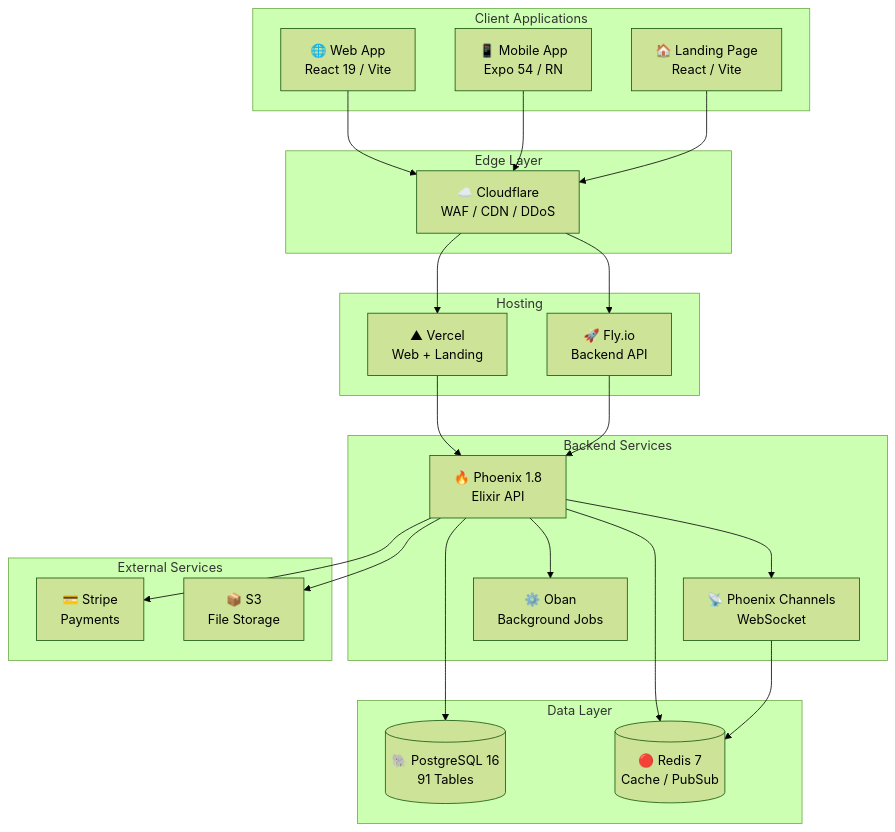
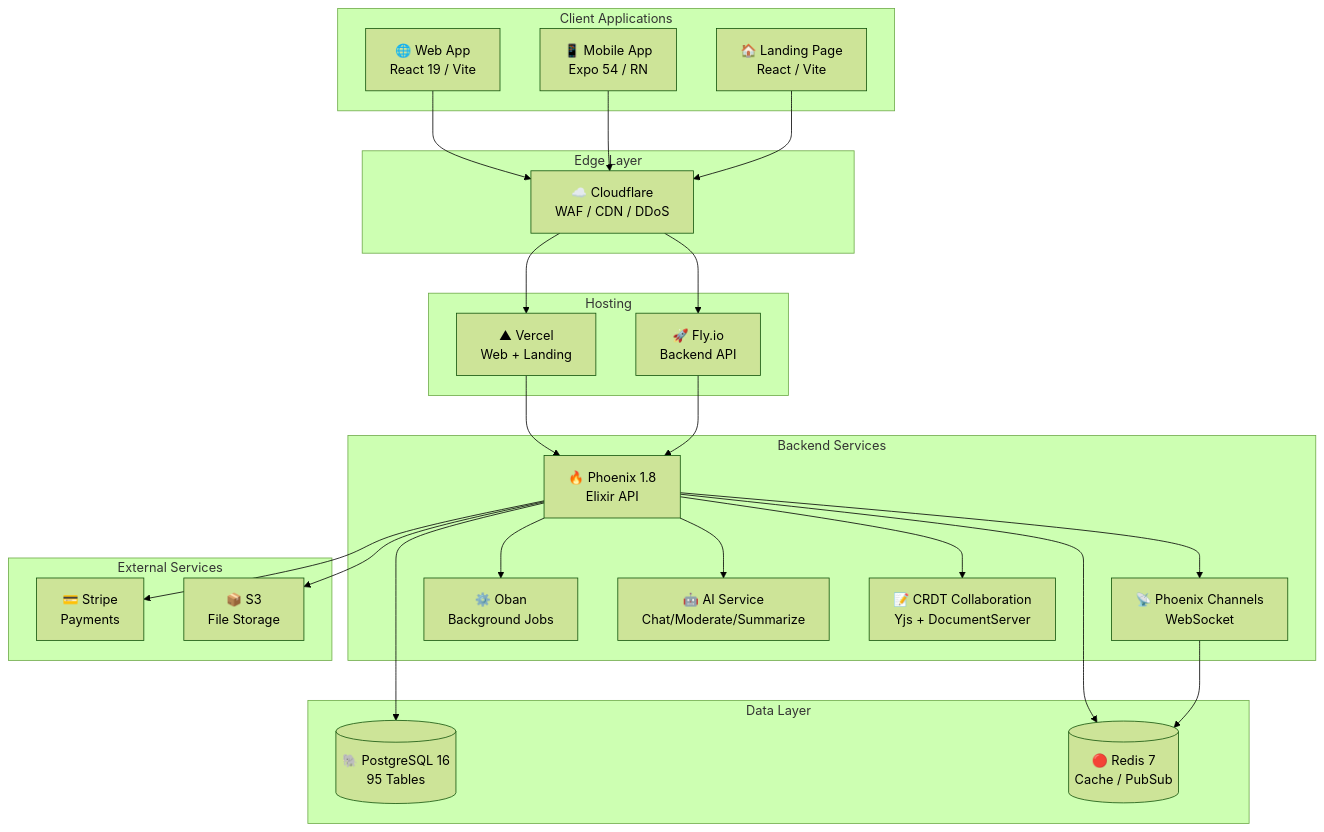
The first of 16 diagrams in docs/ARCHITECTURE_DIAGRAMS.md (cgraph-dev/CGraph), drawn with Mermaid (forest theme) before and after one commit. The commit also changed other lines of this file and 267 other files, not shown here.

````diff
--- a/docs/ARCHITECTURE_DIAGRAMS.md
+++ b/docs/ARCHITECTURE_DIAGRAMS.md
@@ -11,52 +11,56 @@
 ```mermaid
 flowchart TB
     subgraph Clients["Client Applications"]
         WEB["🌐 Web App<br/>React 19 / Vite"]
         MOBILE["📱 Mobile App<br/>Expo 54 / RN"]
         LANDING["🏠 Landing Page<br/>React / Vite"]
     end
 
     subgraph Edge["Edge Layer"]
         CF["☁️ Cloudflare<br/>WAF / CDN / DDoS"]
     end
 
     subgraph Hosting["Hosting"]
         VERCEL["▲ Vercel<br/>Web + Landing"]
         FLY["🚀 Fly.io<br/>Backend API"]
     end
 
     subgraph Backend["Backend Services"]
         PHOENIX["🔥 Phoenix 1.8<br/>Elixir API"]
         CHANNELS["📡 Phoenix Channels<br/>WebSocket"]
         OBAN["⚙️ Oban<br/>Background Jobs"]
+        AI["🤖 AI Service<br/>Chat/Moderate/Summarize"]
+        CRDT["📝 CRDT Collaboration<br/>Yjs + DocumentServer"]
     end
 
     subgraph Data["Data Layer"]
-        PG[("🐘 PostgreSQL 16<br/>91 Tables")]
+        PG[("🐘 PostgreSQL 16<br/>95 Tables")]
         REDIS[("🔴 Redis 7<br/>Cache / PubSub")]
     end
 
     subgraph External["External Services"]
         STRIPE["💳 Stripe<br/>Payments"]
         S3["📦 S3<br/>File Storage"]
     end
 
     WEB --> CF
     MOBILE --> CF
     LANDING --> CF
 
     CF --> VERCEL
     CF --> FLY
 
     VERCEL --> PHOENIX
     FLY --> PHOENIX
 
     PHOENIX --> CHANNELS
     PHOENIX --> OBAN
+    PHOENIX --> AI
+    PHOENIX --> CRDT
     PHOENIX --> PG
     PHOENIX --> REDIS
     CHANNELS --> REDIS
 
     PHOENIX --> STRIPE
     PHOENIX --> S3
 ```
````
